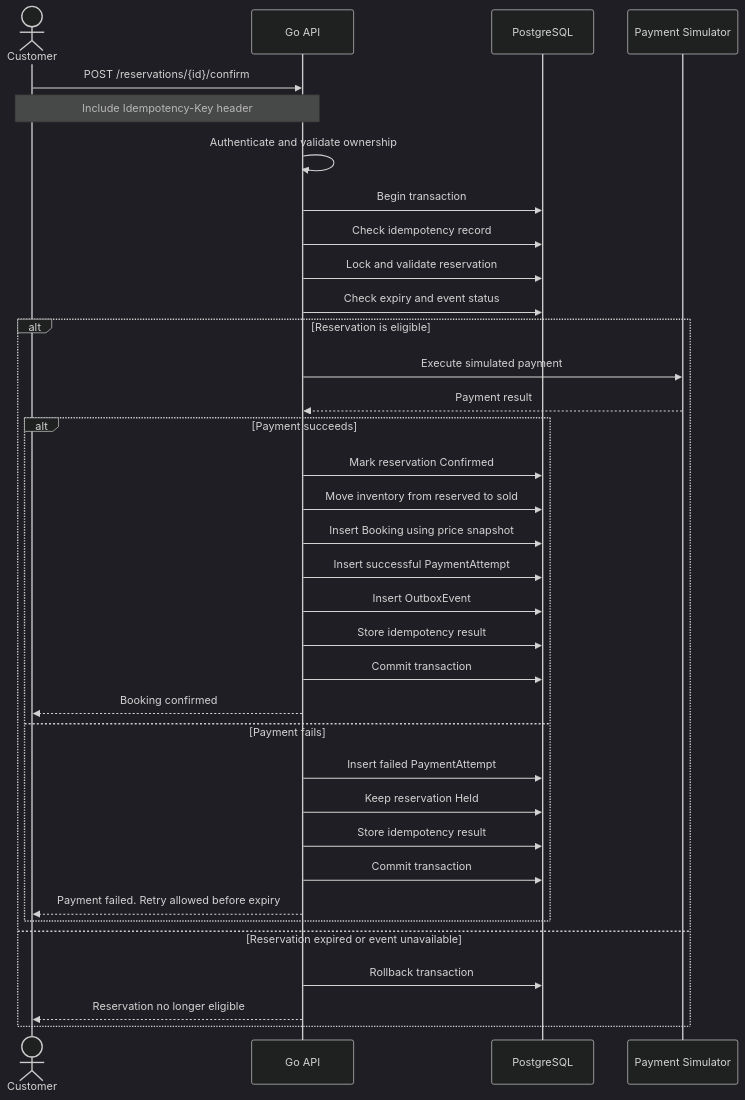
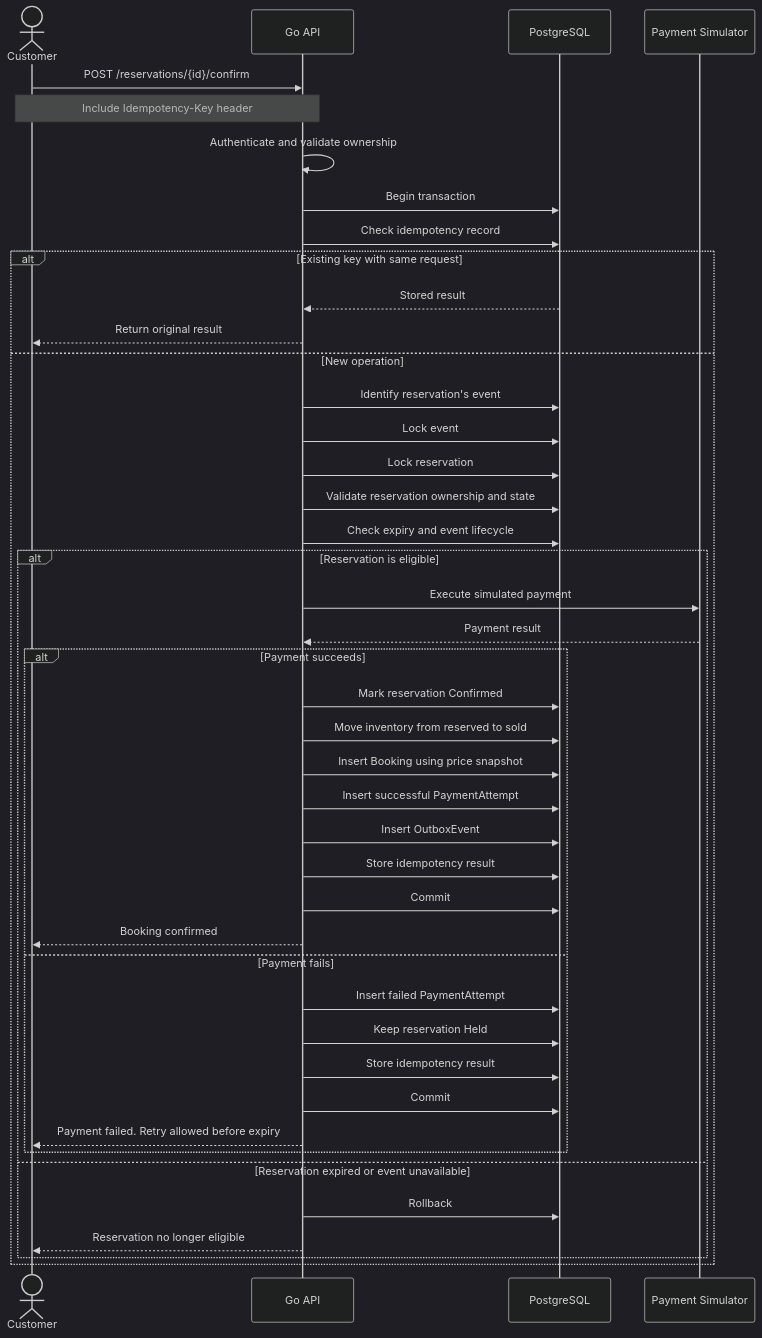
Before and after one commit to Punith1117/ticket-forge: the fifth of 9 diagrams in docs/sequence-diagrams.md, drawn with Mermaid (dark theme). The commit also changed other lines of this file and 14 other files, not shown here.

````diff
--- a/docs/sequence-diagrams.md
+++ b/docs/sequence-diagrams.md
@@ -88,46 +228,56 @@
 ```mermaid
 sequenceDiagram
     actor C as Customer
     participant API as Go API
     participant DB as PostgreSQL
     participant Pay as Payment Simulator
 
     C->>API: POST /reservations/{id}/confirm
     Note over C,API: Include Idempotency-Key header
 
     API->>API: Authenticate and validate ownership
 
     API->>DB: Begin transaction
     API->>DB: Check idempotency record
-    API->>DB: Lock and validate reservation
-    API->>DB: Check expiry and event status
 
-    alt Reservation is eligible
-        API->>Pay: Execute simulated payment
-        Pay-->>API: Payment result
+    alt Existing key with same request
+        DB-->>API: Stored result
+        API-->>C: Return original result
 
-        alt Payment succeeds
-            API->>DB: Mark reservation Confirmed
-            API->>DB: Move inventory from reserved to sold
-            API->>DB: Insert Booking using price snapshot
-            API->>DB: Insert successful PaymentAttempt
-            API->>DB: Insert OutboxEvent
-            API->>DB: Store idempotency result
-            API->>DB: Commit transaction
+    else New operation
+        API->>DB: Identify reservation's event
+        API->>DB: Lock event
+        API->>DB: Lock reservation
+        API->>DB: Validate reservation ownership and state
+        API->>DB: Check expiry and event lifecycle
 
-            API-->>C: Booking confirmed
+        alt Reservation is eligible
+            API->>Pay: Execute simulated payment
+            Pay-->>API: Payment result
 
-        else Payment fails
-            API->>DB: Insert failed PaymentAttempt
-            API->>DB: Keep reservation Held
-            API->>DB: Store idempotency result
-            API->>DB: Commit transaction
+            alt Payment succeeds
+                API->>DB: Mark reservation Confirmed
+                API->>DB: Move inventory from reserved to sold
+                API->>DB: Insert Booking using price snapshot
+                API->>DB: Insert successful PaymentAttempt
+                API->>DB: Insert OutboxEvent
+                API->>DB: Store idempotency result
+                API->>DB: Commit
 
-            API-->>C: Payment failed. Retry allowed before expiry
+                API-->>C: Booking confirmed
+
+            else Payment fails
+                API->>DB: Insert failed PaymentAttempt
+                API->>DB: Keep reservation Held
+                API->>DB: Store idempotency result
+                API->>DB: Commit
+
+                API-->>C: Payment failed. Retry allowed before expiry
+            end
+
+        else Reservation expired or event unavailable
+            API->>DB: Rollback
+            API-->>C: Reservation no longer eligible
         end
-
-    else Reservation expired or event unavailable
-        API->>DB: Rollback transaction
-        API-->>C: Reservation no longer eligible
     end
 ```
````
